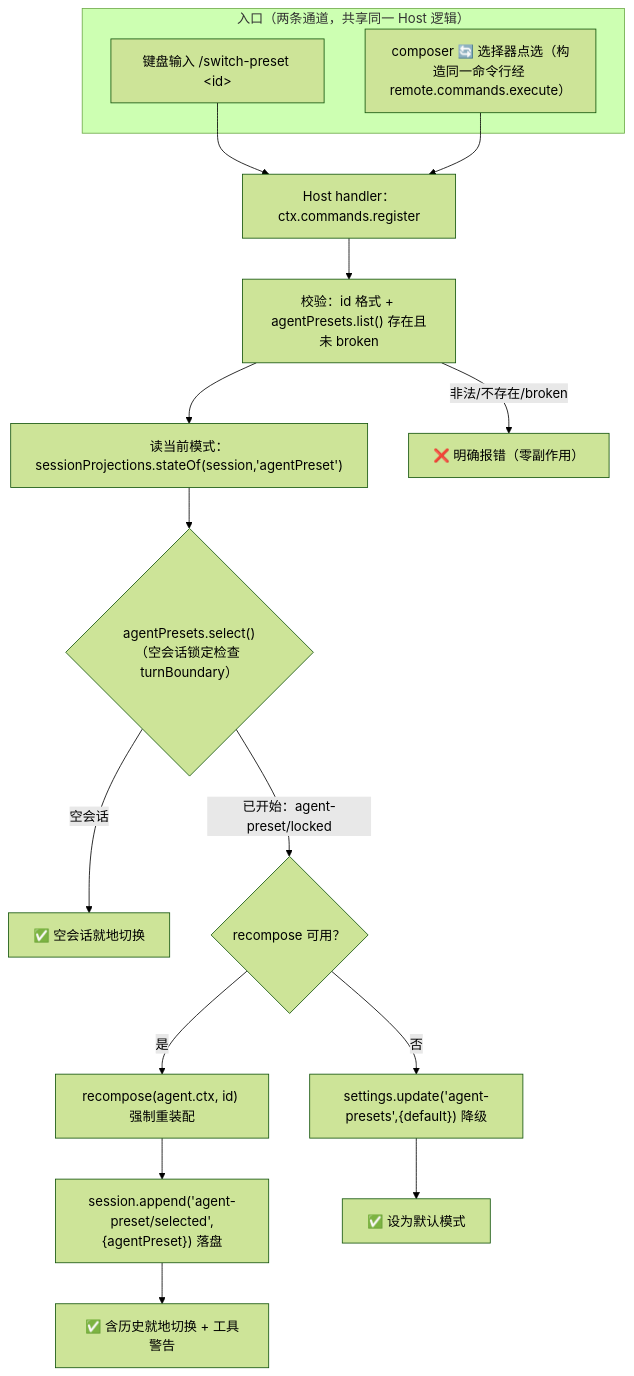
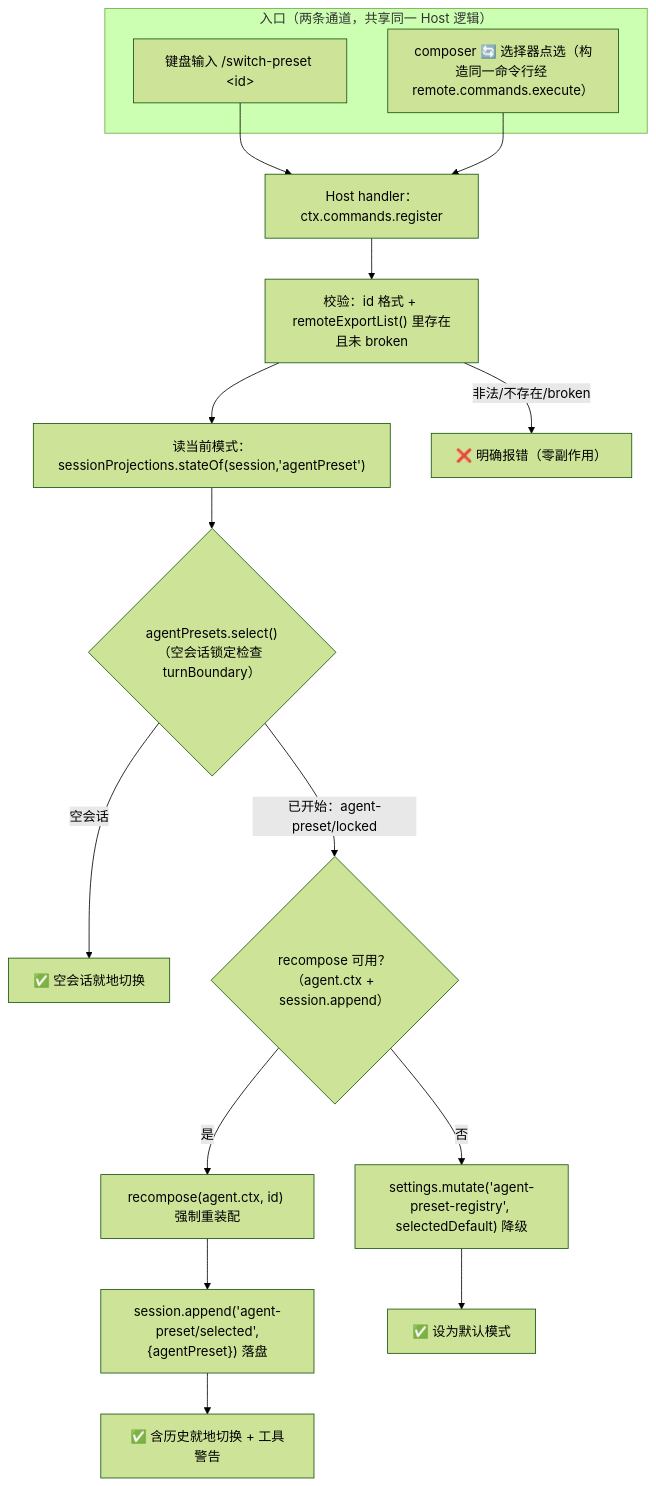
The diagram in docs/02-design/architecture.md (IamWWT/dsh-switch-preset), drawn with Mermaid (forest theme) before and after one commit. The commit also changed other lines of this file and 39 other files, not shown here.

````diff
--- a/docs/02-design/architecture.md
+++ b/docs/02-design/architecture.md
@@ -52,32 +66,32 @@
 ```mermaid
 flowchart TD
   subgraph "入口（两条通道，共享同一 Host 逻辑）"
     KB["键盘输入 /switch-preset &lt;id&gt;"]
     BT["composer 🔄 选择器点选（构造同一命令行经 remote.commands.execute）"]
   end
   H["Host handler：ctx.commands.register"]
-  V["校验：id 格式 + agentPresets.list() 存在且未 broken"]
+  V["校验：id 格式 + remoteExportList() 里存在且未 broken"]
   CUR["读当前模式：sessionProjections.stateOf(session,'agentPreset')"]
   S{"agentPresets.select()<br/>（空会话锁定检查 turnBoundary）"}
   OK1["✅ 空会话就地切换"]
   R["recompose(agent.ctx, id) 强制重装配"]
   APP["session.append('agent-preset/selected',{agentPreset}) 落盘"]
   OK2["✅ 含历史就地切换 + 工具警告"]
-  F{"recompose 可用？"}
-  D["settings.update('agent-presets',{default}) 降级"]
+  F{"recompose 可用？（agent.ctx + session.append）"}
+  D["settings.mutate('agent-preset-registry', selectedDefault) 降级"]
   OK3["✅ 设为默认模式"]
   E["❌ 明确报错（零副作用）"]
   KB --> H
   BT --> H
   H --> V
   V -->|"非法/不存在/broken"| E
   V --> CUR
   CUR --> S
   S -->|"空会话"| OK1
   S -->|"已开始：agent-preset/locked"| F
   F -->|"是"| R
   R --> APP
   APP --> OK2
   F -->|"否"| D
   D --> OK3
 ```
````
